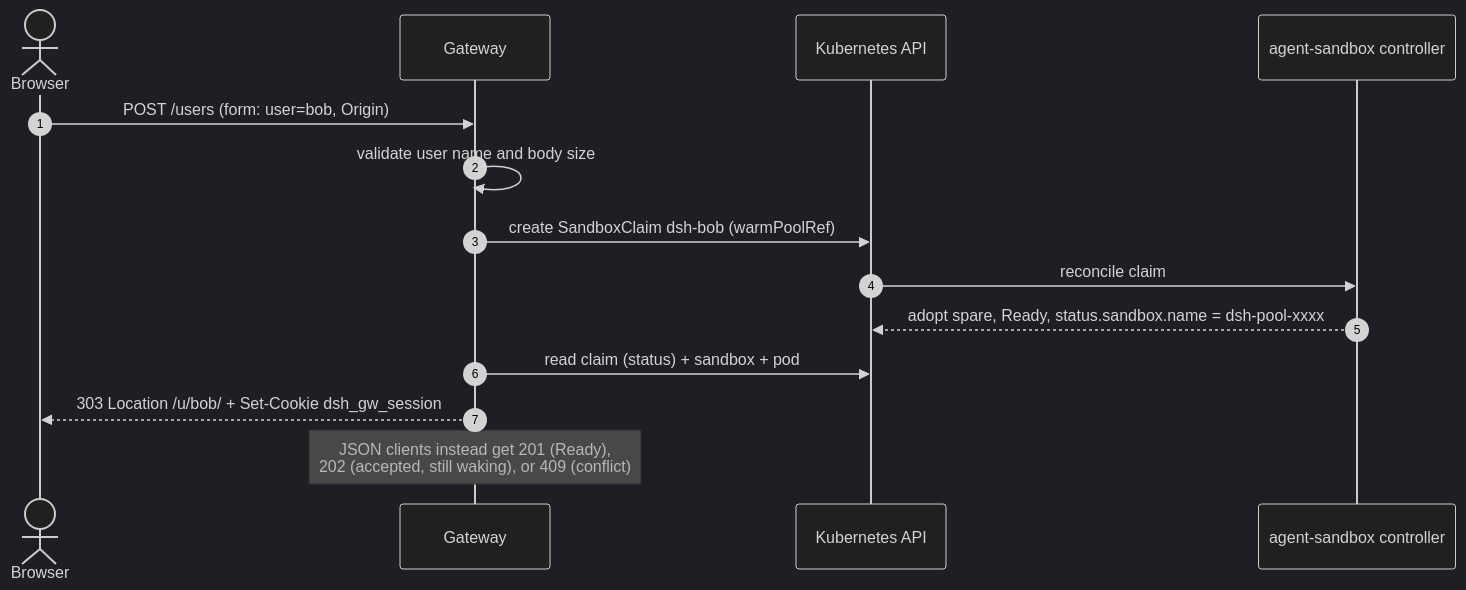
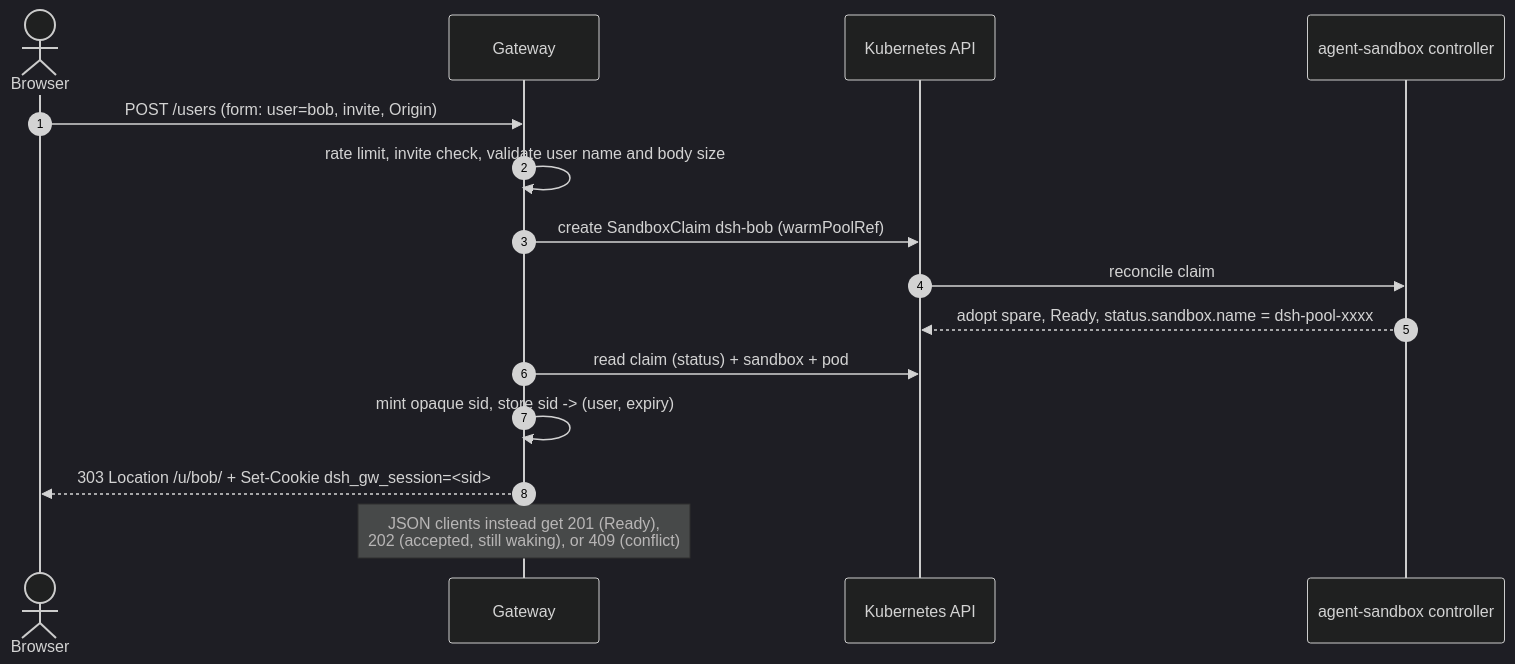
Before and after one commit to sredevopsorg/deepseek-kubernetes-sandbox: the second of 5 diagrams in examples/dsh-agents-as-a-service/docs/architecture.md, drawn with Mermaid (dark theme). The commit also changed other lines of this file and 32 other files, not shown here.

````diff
--- a/examples/dsh-agents-as-a-service/docs/architecture.md
+++ b/examples/dsh-agents-as-a-service/docs/architecture.md
@@ -82,17 +84,18 @@
 ```mermaid
 sequenceDiagram
     autonumber
     actor B as Browser
     participant G as Gateway
     participant K as Kubernetes API
     participant C as agent-sandbox controller
 
-    B->>G: POST /users (form: user=bob, Origin)
-    G->>G: validate user name and body size
+    B->>G: POST /users (form: user=bob, invite, Origin)
+    G->>G: rate limit, invite check, validate user name and body size
     G->>K: create SandboxClaim dsh-bob (warmPoolRef)
     K->>C: reconcile claim
     C-->>K: adopt spare, Ready, status.sandbox.name = dsh-pool-xxxx
     G->>K: read claim (status) + sandbox + pod
-    G-->>B: 303 Location /u/bob/ + Set-Cookie dsh_gw_session
+    G->>G: mint opaque sid, store sid -> (user, expiry)
+    G-->>B: 303 Location /u/bob/ + Set-Cookie dsh_gw_session=<sid>
     Note over G: JSON clients instead get 201 (Ready),<br/>202 (accepted, still waking), or 409 (conflict)
 ```
````
